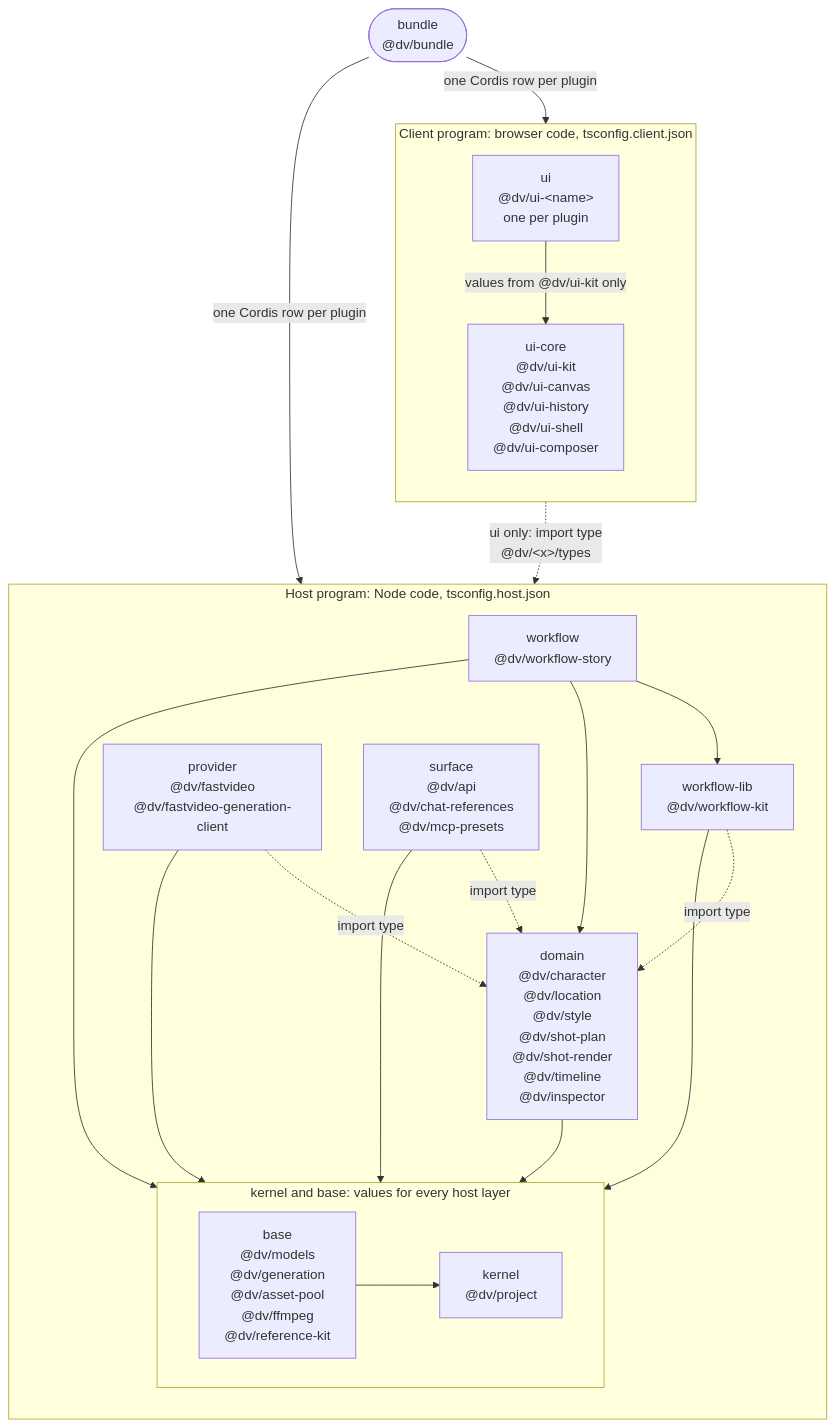
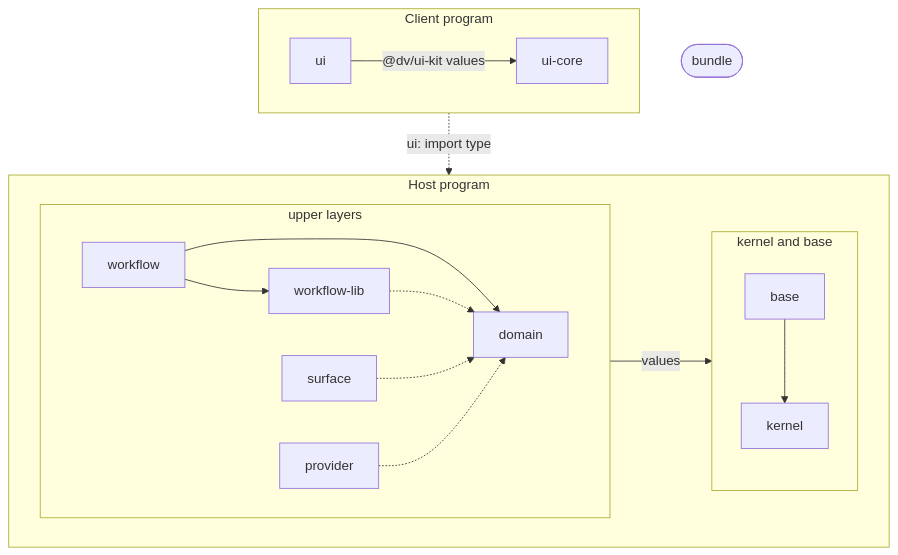
The first of 3 diagrams in docs/dreamverse/architecture.md (fastvideo-project/dreamverse-harness), drawn with Mermaid before and after one commit. The commit also changed other lines of this file and 20 other files, not shown here.

````diff
--- a/docs/dreamverse/architecture.md
+++ b/docs/dreamverse/architecture.md
@@ -25,37 +25,34 @@
 ```mermaid
 flowchart TB
-  bundle(["bundle<br/>@dv/bundle"])
-  subgraph client["Client program: browser code, tsconfig.client.json"]
-    direction TB
-    ui["ui<br/>@dv/ui-#lt;name#gt;<br/>one per plugin"]
-    uicore["ui-core<br/>@dv/ui-kit<br/>@dv/ui-canvas<br/>@dv/ui-history<br/>@dv/ui-shell<br/>@dv/ui-composer"]
+  bundle(["bundle"])
+  subgraph client["Client program"]
+    direction LR
+    ui["ui"]
+    uicore["ui-core"]
+    ui -- "@dv/ui-kit values" --> uicore
   end
-  subgraph host["Host program: Node code, tsconfig.host.json"]
-    direction TB
-    provider["provider<br/>@dv/fastvideo<br/>@dv/fastvideo-generation-client"]
-    workflow["workflow<br/>@dv/workflow-story"]
-    wlib["workflow-lib<br/>@dv/workflow-kit"]
-    surface["surface<br/>@dv/api<br/>@dv/chat-references<br/>@dv/mcp-presets"]
-    domain["domain<br/>@dv/character<br/>@dv/location<br/>@dv/style<br/>@dv/shot-plan<br/>@dv/shot-render<br/>@dv/timeline<br/>@dv/inspector"]
-    subgraph core["kernel and base: values for every host layer"]
+  subgraph host["Host program"]
+    direction LR
+    subgraph upper["upper layers"]
       direction LR
-      base["base<br/>@dv/models<br/>@dv/generation<br/>@dv/asset-pool<br/>@dv/ffmpeg<br/>@dv/reference-kit"]
-      kernel["kernel<br/>@dv/project"]
+      workflow["workflow"]
+      wlib["workflow-lib"]
+      surface["surface"]
+      provider["provider"]
+      domain["domain"]
+      workflow --> wlib
+      workflow --> domain
+      wlib -.-> domain
+      surface -.-> domain
+      provider -.-> domain
     end
+    subgraph core["kernel and base"]
+      direction TB
+      base["base"]
+      kernel["kernel"]
+      base --> kernel
+    end
+    upper -- "values" --> core
   end
-  bundle -- "one Cordis row per plugin" --> client
-  bundle -- "one Cordis row per plugin" --> host
-  ui -- "values from @dv/ui-kit only" --> uicore
-  ui -. "ui only: import type<br/>@dv/#lt;x#gt;/types" .-> host
-  workflow --> wlib
-  workflow --> domain
-  wlib -. "import type" .-> domain
-  provider -. "import type" .-> domain
-  surface -. "import type" .-> domain
-  surface --> core
-  wlib --> core
-  provider --> core
-  domain --> core
-  workflow --> core
-  base --> kernel
+  client -. "ui: import type" .-> host
 ```
````
